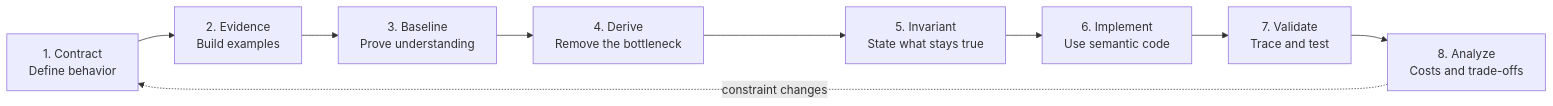
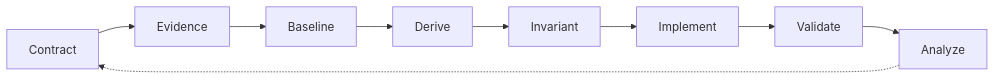
Before and after one commit to vinayreddykalluri/SDE2-Interview-Handbook: the diagram in docs/backend-interview/01-programming-problem-solving/index.md, drawn with Mermaid. The commit also changed other lines of this file and 21 other files, not shown here.

Commit message:
Add rendered diagrams and runnable coding examples

````diff
--- a/docs/backend-interview/01-programming-problem-solving/index.md
+++ b/docs/backend-interview/01-programming-problem-solving/index.md
@@ -10,11 +18,11 @@
 ```mermaid
 flowchart LR
-    C["1. Contract<br/>Define behavior"] --> E["2. Evidence<br/>Build examples"]
-    E --> B["3. Baseline<br/>Prove understanding"]
-    B --> D["4. Derive<br/>Remove the bottleneck"]
-    D --> I["5. Invariant<br/>State what stays true"]
-    I --> K["6. Implement<br/>Use semantic code"]
-    K --> V["7. Validate<br/>Trace and test"]
-    V --> A["8. Analyze<br/>Costs and trade-offs"]
-    A -. "constraint changes" .-> C
+    C[Contract] --> E[Evidence]
+    E --> B[Baseline]
+    B --> D[Derive]
+    D --> I[Invariant]
+    I --> K[Implement]
+    K --> V[Validate]
+    V --> A[Analyze]
+    A -.-> C
 ```
````
